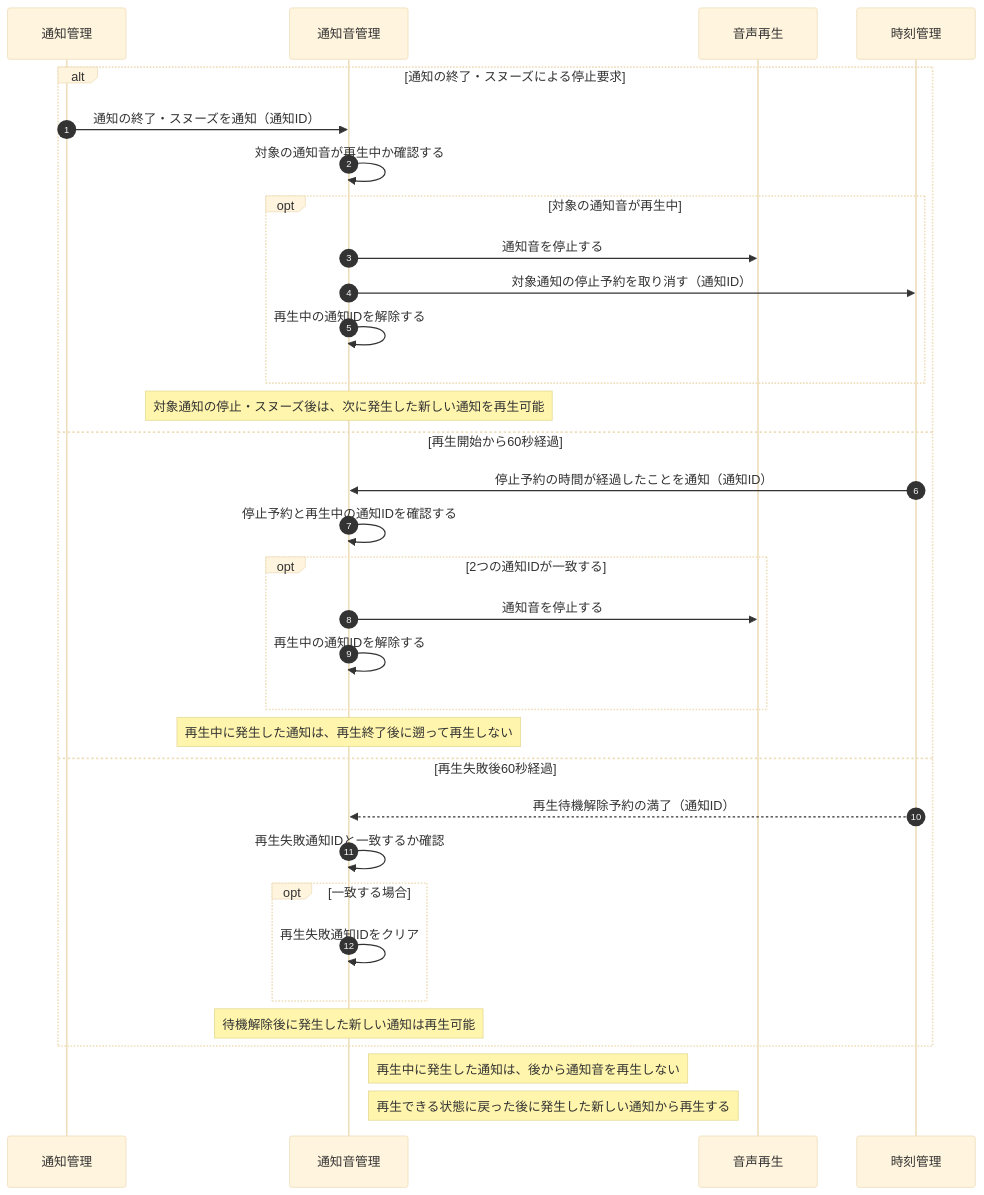
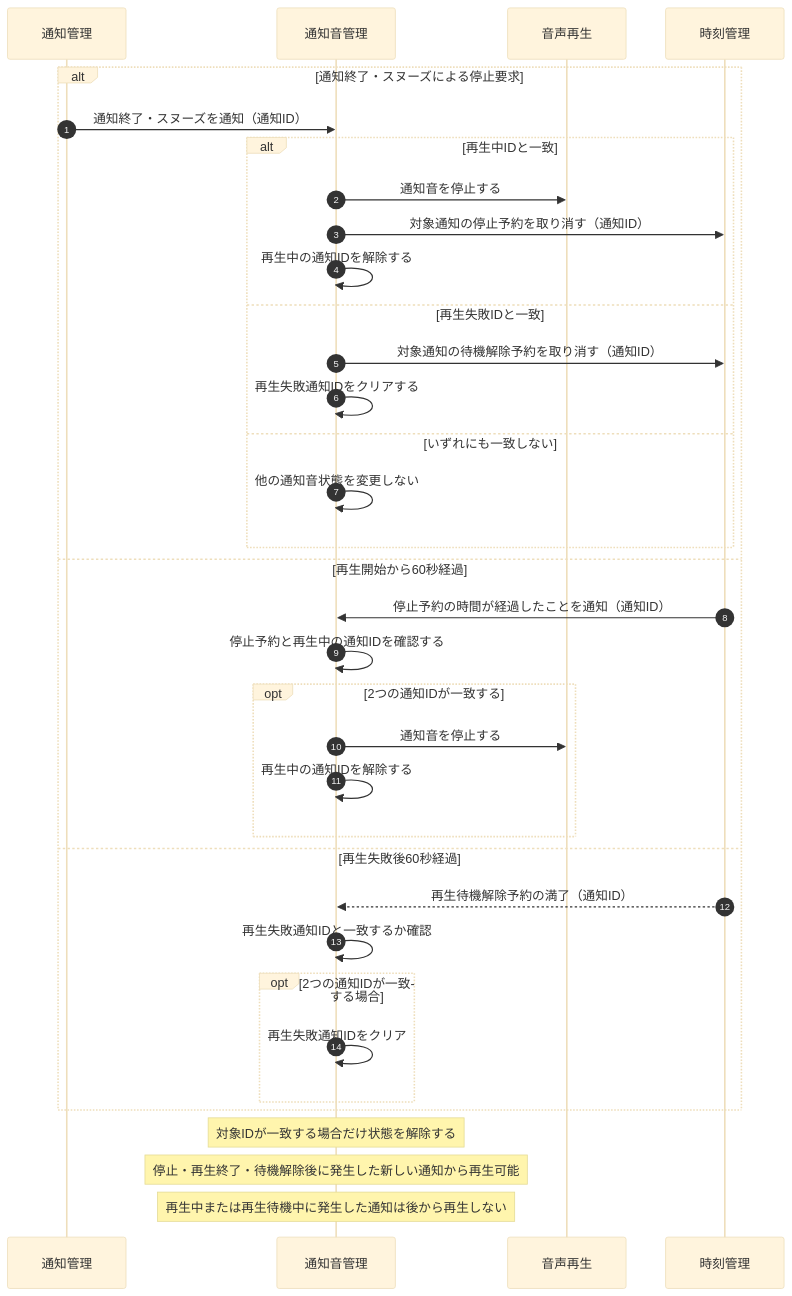
Before and after one commit to shun62201234-crypto/timerApplication: the fifth of 7 diagrams in document/設計/シーケンス図/共通シーケンス図.md, drawn with Mermaid (base theme). The commit also changed other lines of this file and 2 other files, not shown here.

First line of the commit message:
シーケンス図を修正（共通・アラーム・タイマー）

````diff
--- a/document/設計/シーケンス図/共通シーケンス図.md
+++ b/document/設計/シーケンス図/共通シーケンス図.md
@@ -151,45 +152,43 @@
 ```mermaid
 sequenceDiagram
     autonumber
     participant Notify as 通知管理
     participant Audio as 通知音管理
     participant Player as 音声再生
     participant Clock as 時刻管理
 
-    alt 通知の終了・スヌーズによる停止要求
-        Notify->>Audio: 通知の終了・スヌーズを通知（通知ID）
-        Audio->>Audio: 対象の通知音が再生中か確認する
+    alt 通知終了・スヌーズによる停止要求
+        Notify->>Audio: 通知終了・スヌーズを通知（通知ID）
 
-        opt 対象の通知音が再生中
+        alt 再生中IDと一致
             Audio->>Player: 通知音を停止する
             Audio->>Clock: 対象通知の停止予約を取り消す（通知ID）
             Audio->>Audio: 再生中の通知IDを解除する
+        else 再生失敗IDと一致
+            Audio->>Clock: 対象通知の待機解除予約を取り消す（通知ID）
+            Audio->>Audio: 再生失敗通知IDをクリアする
+        else いずれにも一致しない
+            Audio->>Audio: 他の通知音状態を変更しない
         end
-
-        Note over Audio: 対象通知の停止・スヌーズ後は、次に発生した新しい通知を再生可能
 
     else 再生開始から60秒経過
         Clock->>Audio: 停止予約の時間が経過したことを通知（通知ID）
         Audio->>Audio: 停止予約と再生中の通知IDを確認する
 
         opt 2つの通知IDが一致する
             Audio->>Player: 通知音を停止する
             Audio->>Audio: 再生中の通知IDを解除する
         end
 
-        Note over Audio: 再生中に発生した通知は、再生終了後に遡って再生しない
-
-        else 再生失敗後60秒経過
+    else 再生失敗後60秒経過
         Clock-->>Audio: 再生待機解除予約の満了（通知ID）
         Audio->>Audio: 再生失敗通知IDと一致するか確認
-
-        opt 一致する場合
+        opt 2つの通知IDが一致する場合
             Audio->>Audio: 再生失敗通知IDをクリア
         end
-
-        Note over Audio: 待機解除後に発生した新しい通知は再生可能
     end
 
-    Note right of Audio: 再生中に発生した通知は、後から通知音を再生しない
-    Note right of Audio: 再生できる状態に戻った後に発生した新しい通知から再生する
+    Note over Audio: 対象IDが一致する場合だけ状態を解除する
+    Note over Audio: 停止・再生終了・待機解除後に発生した新しい通知から再生可能
+    Note over Audio: 再生中または再生待機中に発生した通知は後から再生しない
 ```
````
